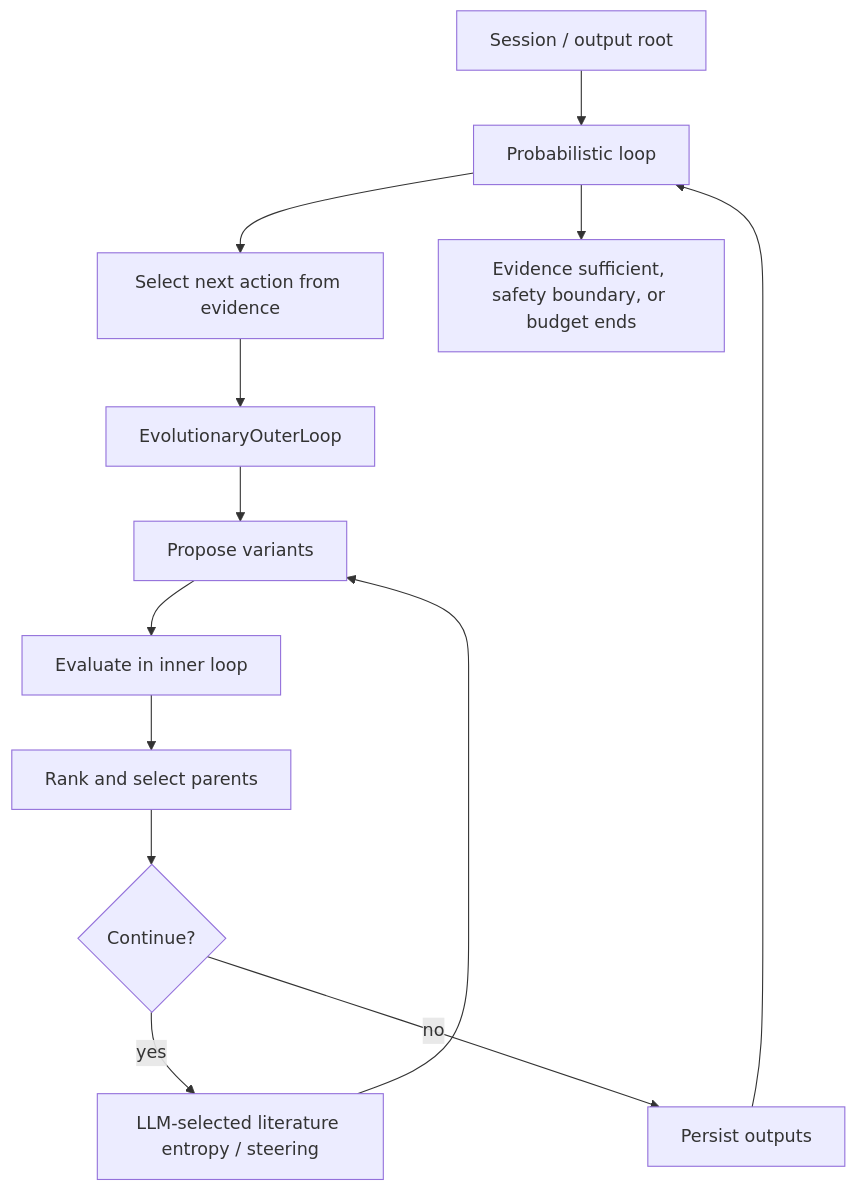
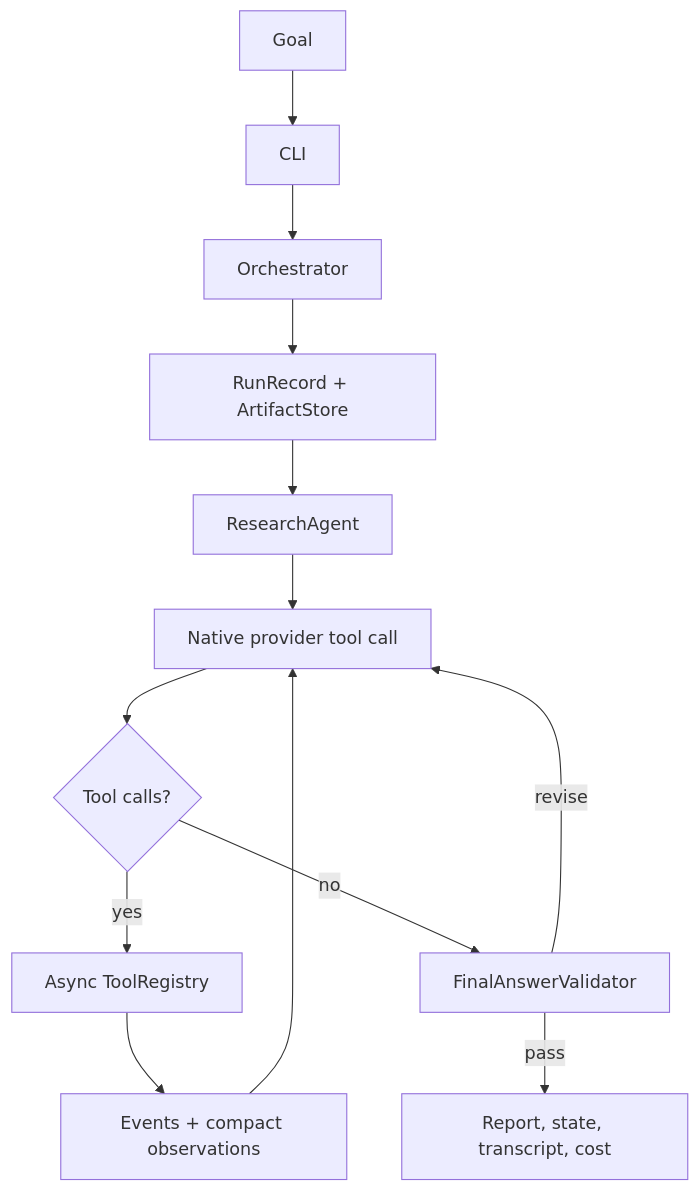
One commit to michaelzoub/research-agent changed the diagram in docs/architecture.md. Above: the diagram before and after it, drawn with Mermaid. The commit also changed other lines of this file and 14 other files, not shown here.

Commit message:
refactor: harden model-directed research loop

````diff
--- a/docs/architecture.md
+++ b/docs/architecture.md
@@ -128,15 +9,15 @@
 ```mermaid
 flowchart TD
-  session["Session / output root"] --> actionloop["Probabilistic loop"]
-  actionloop --> pick["Select next action from evidence"]
-  pick --> evo["EvolutionaryOuterLoop"]
-  evo --> propose["Propose variants"]
-  propose --> evaluate["Evaluate in inner loop"]
-  evaluate --> rank["Rank and select parents"]
-  rank --> entropy{"Continue?"}
-  entropy -->|yes| refresh["LLM-selected literature entropy / steering"]
-  refresh --> propose
-  entropy -->|no| artifacts["Persist outputs"]
-  artifacts --> actionloop
-  actionloop --> done["Evidence sufficient, safety boundary, or budget ends"]
+  user["Goal"] --> cli["CLI"]
+  cli --> orchestrator["Orchestrator"]
+  orchestrator --> state["RunRecord + ArtifactStore"]
+  state --> agent["ResearchAgent"]
+  agent --> model["Native provider tool call"]
+  model --> decision{"Tool calls?"}
+  decision -->|yes| registry["Async ToolRegistry"]
+  registry --> events["Events + compact observations"]
+  events --> model
+  decision -->|no| validator["FinalAnswerValidator"]
+  validator -->|revise| model
+  validator -->|pass| artifacts["Report, state, transcript, cost"]
 ```
````
